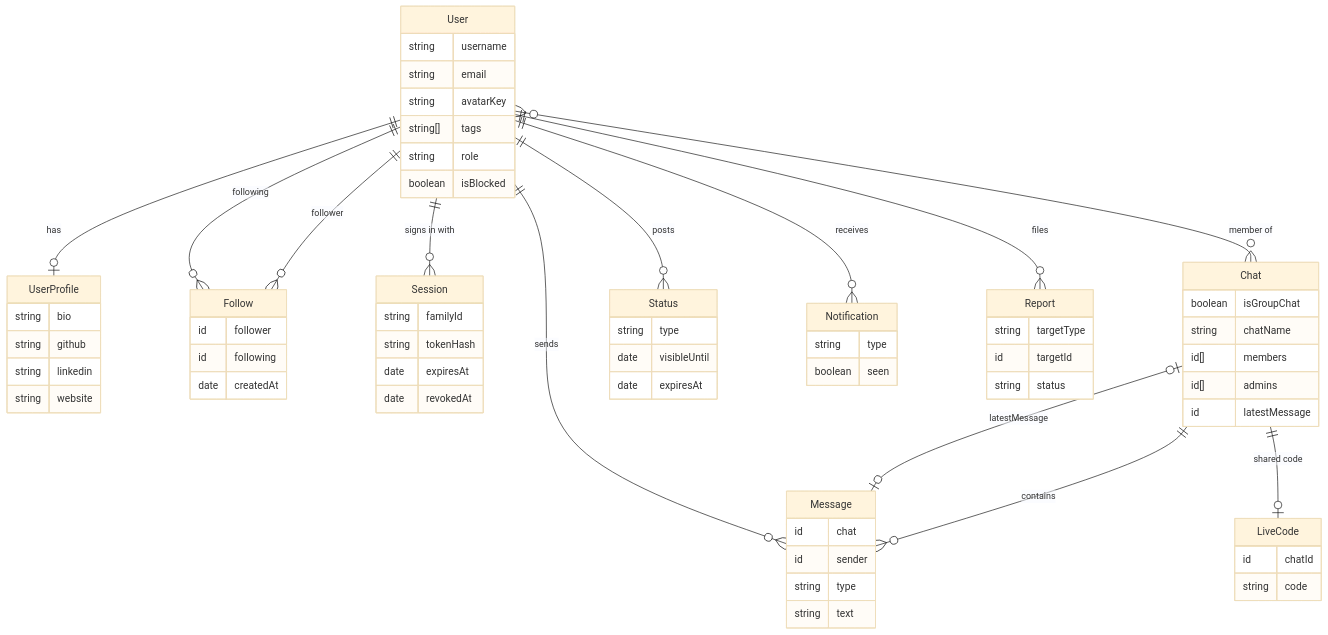
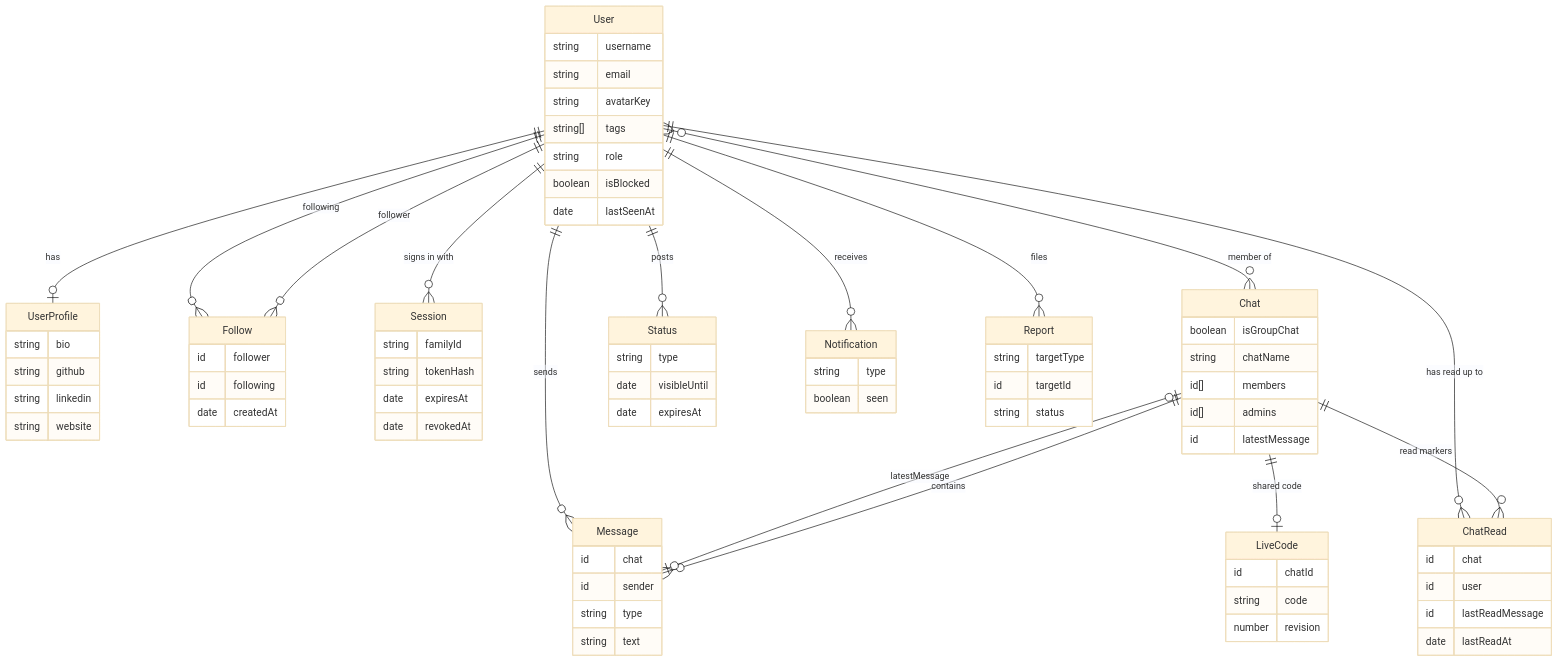
Before and after one commit to Prabodh-dev/DevSphere: the second of 2 diagrams in README.md, drawn with Mermaid (base theme). The commit also changed other lines of this file and 3 other files, not shown here.

````diff
--- a/README.md
+++ b/README.md
@@ -132,72 +133,82 @@
 ```mermaid
 erDiagram
     User ||--o| UserProfile : "has"
     User ||--o{ Follow : "follower"
     User ||--o{ Follow : "following"
     User ||--o{ Session : "signs in with"
     User }o--o{ Chat : "member of"
     Chat ||--o{ Message : "contains"
     Chat |o--o| Message : "latestMessage"
     User ||--o{ Message : "sends"
     Chat ||--o| LiveCode : "shared code"
+    Chat ||--o{ ChatRead : "read markers"
+    User ||--o{ ChatRead : "has read up to"
     User ||--o{ Status : "posts"
     User ||--o{ Notification : "receives"
     User ||--o{ Report : "files"
 
     User {
         string username
         string email
         string avatarKey
         string[] tags
         string role
         boolean isBlocked
+        date lastSeenAt
     }
     UserProfile {
         string bio
         string github
         string linkedin
         string website
     }
     Follow {
         id follower
         id following
         date createdAt
     }
     Session {
         string familyId
         string tokenHash
         date expiresAt
         date revokedAt
     }
     Chat {
         boolean isGroupChat
         string chatName
         id[] members
         id[] admins
         id latestMessage
     }
     Message {
         id chat
         id sender
         string type
         string text
     }
     LiveCode {
         id chatId
         string code
+        number revision
+    }
+    ChatRead {
+        id chat
+        id user
+        id lastReadMessage
+        date lastReadAt
     }
     Status {
         string type
         date visibleUntil
         date expiresAt
     }
     Notification {
         string type
         boolean seen
     }
     Report {
         string targetType
         id targetId
         string status
     }
 ```
````
